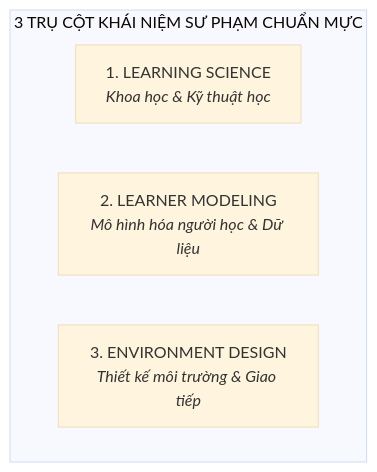
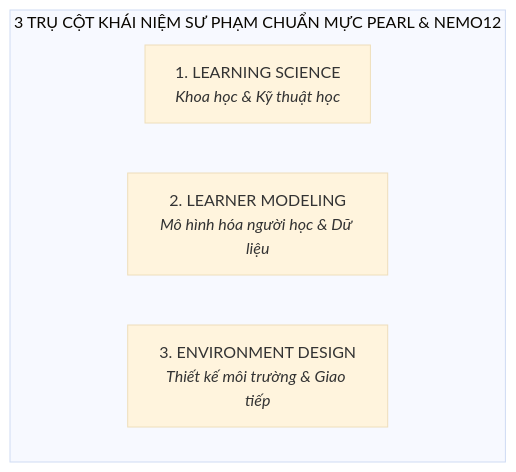
The diagram in A_Requirements/A9_Topic_Library_and_Pedagogy_Standards.md (hongdang023/Marlins-Care), drawn with Mermaid (base theme) before and after one commit. The commit also changed other lines of this file and 1 other file, not shown here.

Commit message:
feat(requirements): update A9 Topic Library with complete Pearl citations and 100% audited concepts

````diff
--- a/A_Requirements/A9_Topic_Library_and_Pedagogy_Standards.md
+++ b/A_Requirements/A9_Topic_Library_and_Pedagogy_Standards.md
@@ -52,8 +60,8 @@
 ```mermaid
 graph TD
-    subgraph Pillars ["3 TRỤ CỘT KHÁI NIỆM SƯ PHẠM CHUẨN MỰC"]
+    subgraph Pillars ["3 TRỤ CỘT KHÁI NIỆM SƯ PHẠM CHUẨN MỰC PEARL & NEMO12"]
         P1["1. LEARNING SCIENCE<br><i>Khoa học & Kỹ thuật học</i>"]
         P2["2. LEARNER MODELING<br><i>Mô hình hóa người học & Dữ liệu</i>"]
         P3["3. ENVIRONMENT DESIGN<br><i>Thiết kế môi trường & Giao tiếp</i>"]
     end
 ```
````
